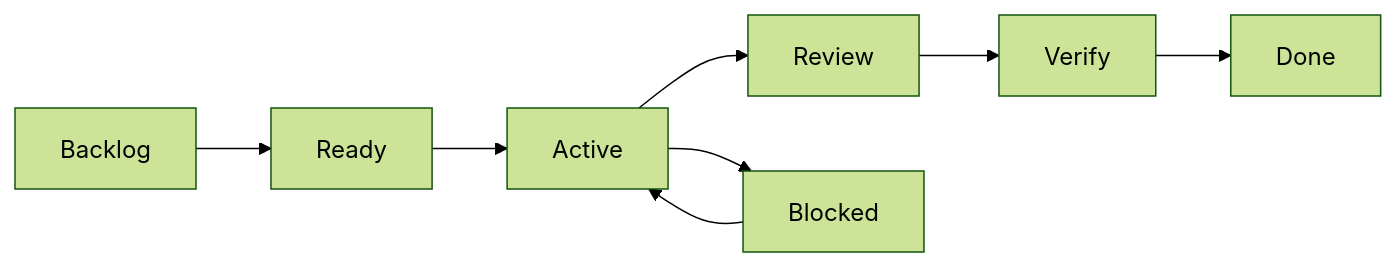
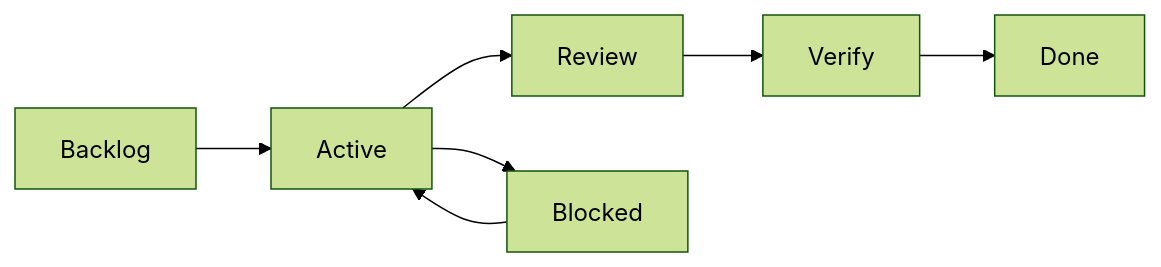
One commit to spardobo/deturistaando changed the diagram in docs/development/workflow.md. Above: the diagram before and after it, drawn with Mermaid (forest theme). The commit also changed other lines of this file and 5 other files, not shown here.

````diff
--- a/docs/development/workflow.md
+++ b/docs/development/workflow.md
@@ -16,10 +17,9 @@
 ```mermaid
 flowchart LR
-    BACKLOG["Backlog"] --> READY["Ready"]
-    READY --> ACTIVE["Active"]
+    BACKLOG["Backlog"] --> ACTIVE["Active"]
     ACTIVE --> REVIEW["Review"]
     REVIEW --> VERIFY["Verify"]
     VERIFY --> DONE["Done"]
     ACTIVE --> BLOCKED["Blocked"]
     BLOCKED --> ACTIVE
 ```
````
